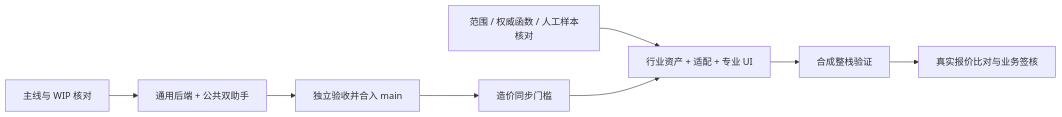
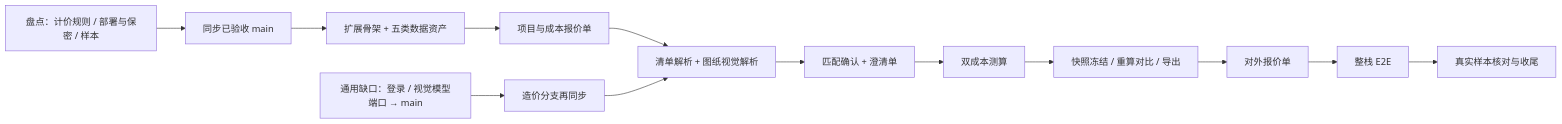
The diagram in .autoresearch/batches/v0.3-assistants/INDEX.md (Yijtu/ontology), drawn with Mermaid before and after one commit. The commit also changed other lines of this file and 66 other files, not shown here.

```diff
--- a/.autoresearch/batches/v0.3-assistants/INDEX.md
+++ b/.autoresearch/batches/v0.3-assistants/INDEX.md
@@ -11,10 +11,15 @@
 ~~~mermaid
 flowchart LR
-    A0[主线与 WIP 核对] --> A[通用后端 + 公共双助手]
-    A --> AM[独立验收并合入 main]
-    AM --> S[造价同步门槛]
-    D[范围 / 权威函数 / 人工样本核对] --> B[行业资产 + 适配 + 专业 UI]
-    S --> B
-    B --> I[合成整栈验证]
-    I --> R[真实报价比对与业务签核]
+    D[盘点：计价规则 / 部署与保密 / 样本] --> S[同步已验收 main]
+    G[通用缺口：登录 / 视觉模型端口 → main] --> S2[造价分支再同步]
+    S --> K[扩展骨架 + 五类数据资产]
+    K --> P[项目与成本报价单]
+    P --> I[清单解析 + 图纸视觉解析]
+    S2 --> I
+    I --> M[匹配确认 + 澄清单]
+    M --> T[双成本测算]
+    T --> V[快照冻结 / 重算对比 / 导出]
+    V --> Q[对外报价单]
+    Q --> E[整栈 E2E]
+    E --> R[真实样本核对与收尾]
 ~~~
```
